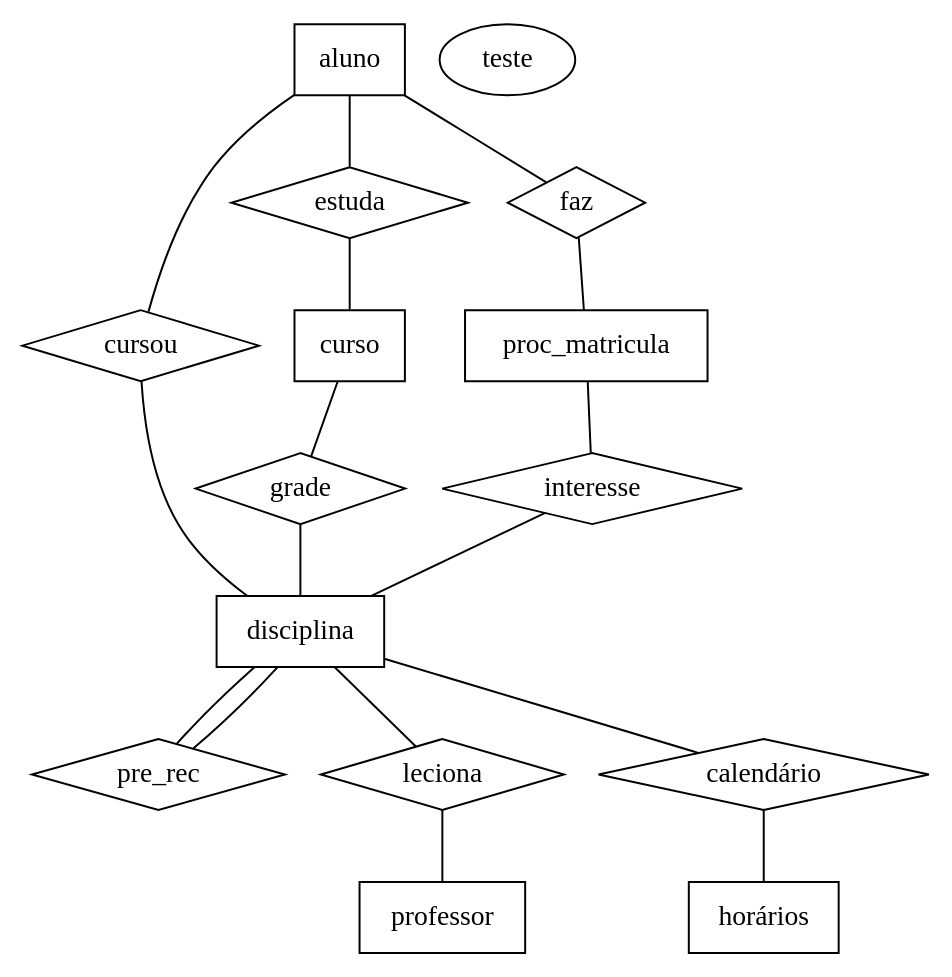
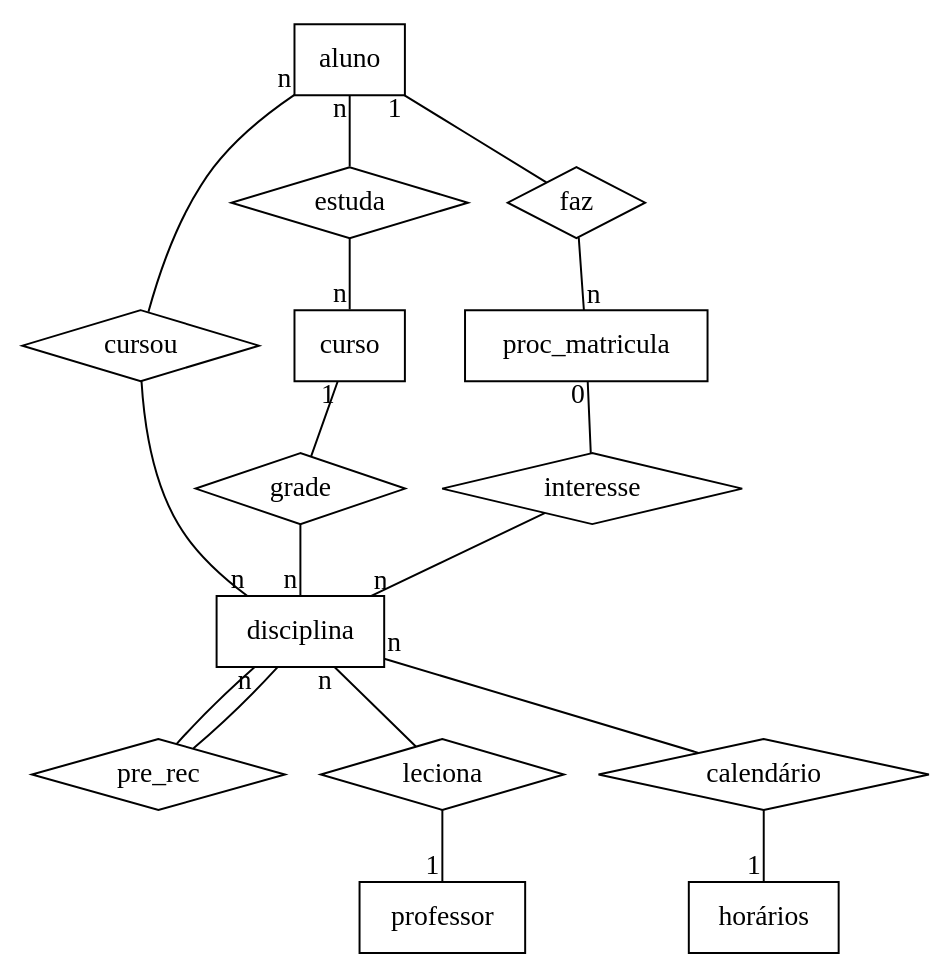
One commit to brunomarcosespindola/BCD changed the diagram in diagramaER.dot. Above: the diagram before and after it, drawn with Graphviz.

Commit message:
Incluído cardinalidade

```diff
--- a/diagramaER.dot
+++ b/diagramaER.dot
@@ -1,34 +1,34 @@
 graph diagramaER {
 
 //ENTIDADES
 aluno [shape=record]
 disciplina [shape=record]
 professor [shape=record]
 curso [shape=record]
 horários[shape=record]
 proc_matricula [shape=record]
 
 
 //RELACIONAMENTOS
 cursou [shape=diamond]
 pre_rec [shape=diamond]
 leciona [shape=diamond]
 grade [shape=diamond]
 calendário [shape=diamond]
 interesse [shape=diamond]
 estuda [shape=diamond]
 faz [shape=diamond]
 
 
 //LIGAÇOES
-aluno -- cursou -- disciplina
-aluno -- faz -- proc_matricula
-aluno -- estuda -- curso
-curso -- grade -- disciplina
-disciplina -- leciona -- professor
-disciplina -- pre_rec -- disciplina
-disciplina -- calendário -- horários
-proc_matricula -- interesse -- disciplina
+aluno -- cursou [taillabel = "n"] 		cursou -- disciplina [headlabel = "n"]
+aluno -- faz [taillabel = "1"]	 		faz -- proc_matricula [headlabel = "n"]
+aluno -- estuda [taillabel = "n"] 		estuda -- curso [headlabel = "n"]
+curso -- grade 	[taillabel = "1"]		grade -- disciplina [headlabel = "n"]
+disciplina -- leciona [taillabel = "n"]		leciona -- professor [headlabel = "1"]
+disciplina -- pre_rec [taillabel = "n"] 		pre_rec -- disciplina [headlabel = ""]
+disciplina -- calendário [taillabel = "n"]	calendário -- horários [headlabel = "1"]
+proc_matricula -- interesse [taillabel = "0"]	interesse -- disciplina [headlabel = "n"]
 
- node0 [label = "teste"]
+
 }
```
